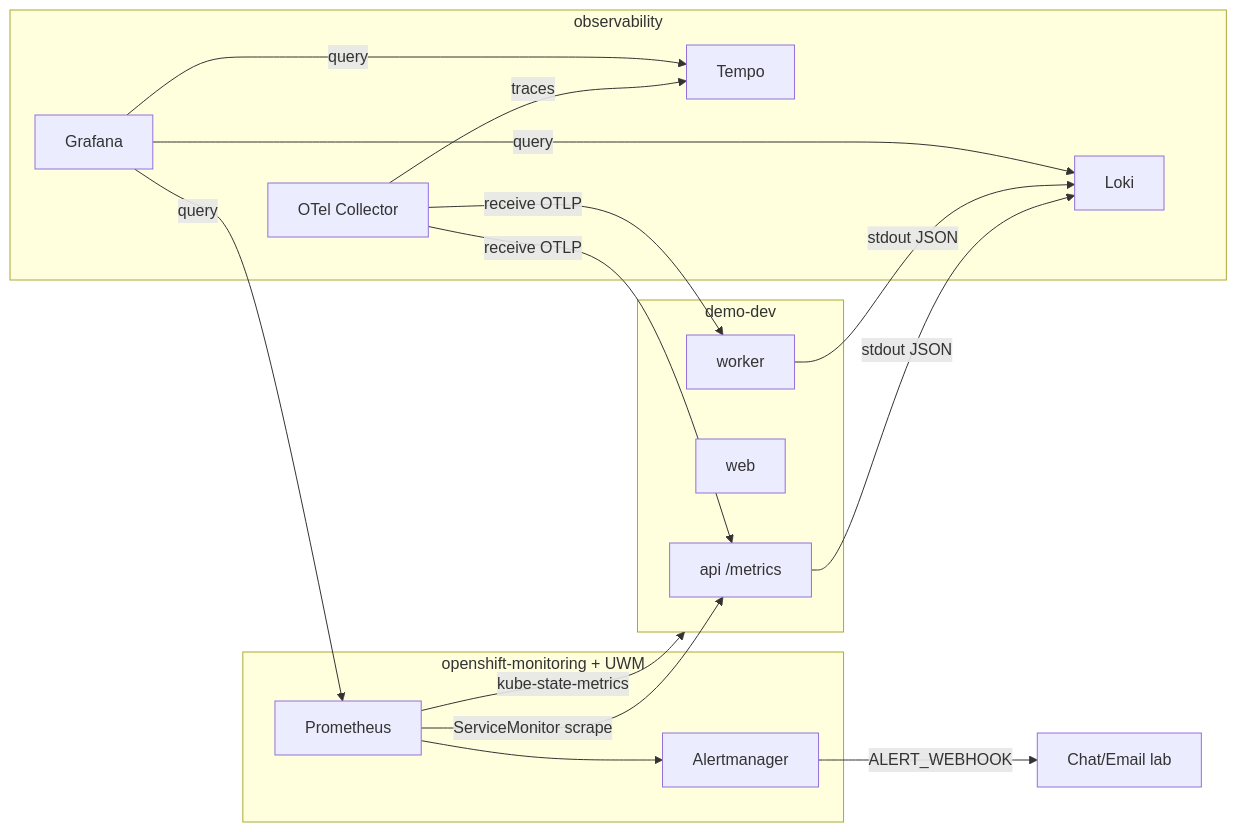
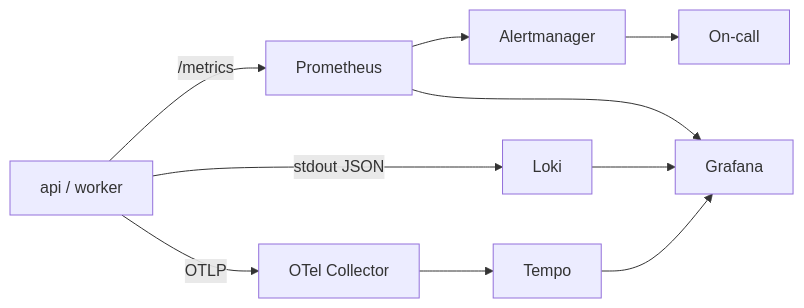
The fifth of 7 diagrams in phase-0.md (tomnphc/devopslab), drawn with Mermaid before and after one commit. The commit also changed other lines of this file, not shown here.

````diff
--- a/phase-0.md
+++ b/phase-0.md
@@ -231,30 +178,12 @@
 ```mermaid
 flowchart LR
-  subgraph APP["demo-dev"]
-    API["api /metrics"]
-    WEB["web"]
-    WK["worker"]
-  end
-  subgraph MON["openshift-monitoring + UWM"]
-    PR["Prometheus"]
-    AL["Alertmanager"]
-  end
-  subgraph OBS["observability"]
-    GF["Grafana"]
-    LK["Loki"]
-    OT["OTel Collector"]
-    TP["Tempo"]
-  end
-  PR -->|ServiceMonitor scrape| API
-  PR -->|kube-state-metrics| APP
-  PR --> AL
-  AL -->|ALERT_WEBHOOK| NOTI["Chat/Email lab"]
-  GF -->|query| PR
-  OT -->|receive OTLP| API
-  OT -->|receive OTLP| WK
-  OT -->|traces| TP
-  API -->|stdout JSON| LK
-  WK -->|stdout JSON| LK
-  GF -->|query| LK
-  GF -->|query| TP
+  APP["api / worker"] -->|"/metrics"| PR["Prometheus"]
+  APP -->|"stdout JSON"| LK["Loki"]
+  APP -->|"OTLP"| OT["OTel Collector"]
+  OT --> TP["Tempo"]
+  PR --> AL["Alertmanager"]
+  AL --> N["On-call"]
+  PR --> GF["Grafana"]
+  LK --> GF
+  TP --> GF
 ```
````
